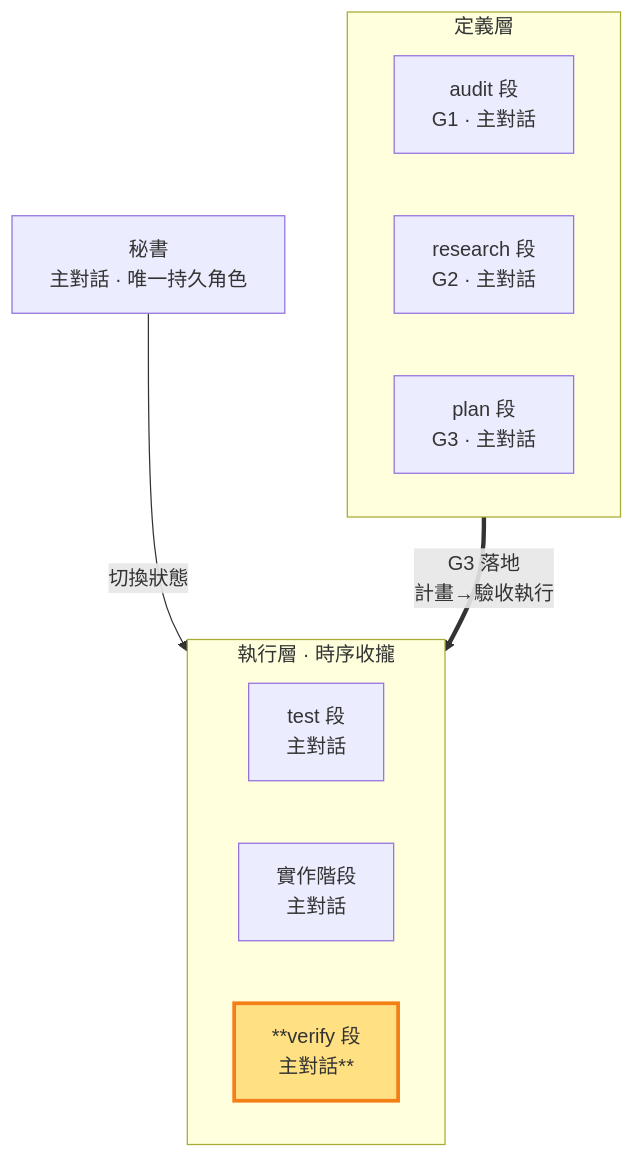
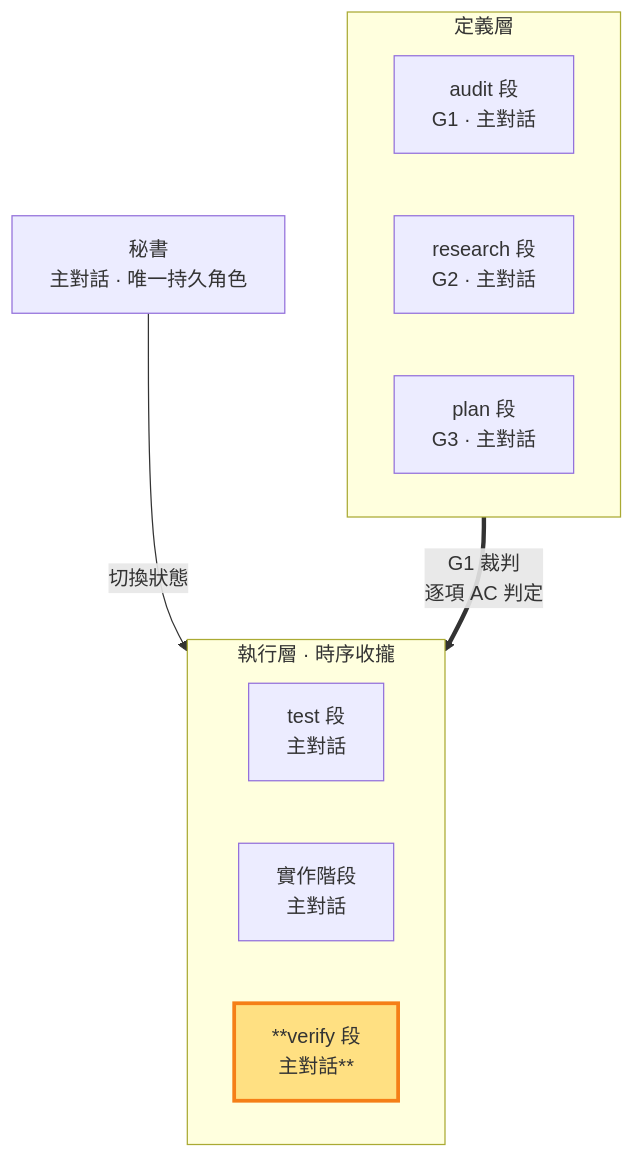
One commit to teps3105/shiftblame changed the diagram in skills/shiftblame/references/VERIFY.md. Above: the diagram before and after it, drawn with Mermaid. The commit also changed other lines of this file and 21 other files, not shown here.

````diff
--- a/skills/shiftblame/references/VERIFY.md
+++ b/skills/shiftblame/references/VERIFY.md
@@ -16,19 +16,19 @@
 ```mermaid
 flowchart TB
     SEC[秘書<br/>主對話 · 唯一持久角色]
     subgraph Consult["定義層"]
         direction LR
         AUD["audit 段<br/>G1 · 主對話"]
         RES["research 段<br/>G2 · 主對話"]
         PLA["plan 段<br/>G3 · 主對話"]
     end
     subgraph Build["執行層 · 時序收攏"]
         direction LR
         TST["test 段<br/>主對話"]
         DEV["實作階段<br/>主對話"]
         ACC["**verify 段<br/>主對話**"]:::thisrole
     end
     SEC -- 切換狀態 --> ACC
-    PLA == "G3 落地<br/>計畫→驗收執行" ==> ACC
+    AUD == "G1 裁判<br/>逐項 AC 判定" ==> ACC
     classDef thisrole fill:#ffe082,stroke:#f57f17,stroke-width:3px;
 ```
````
